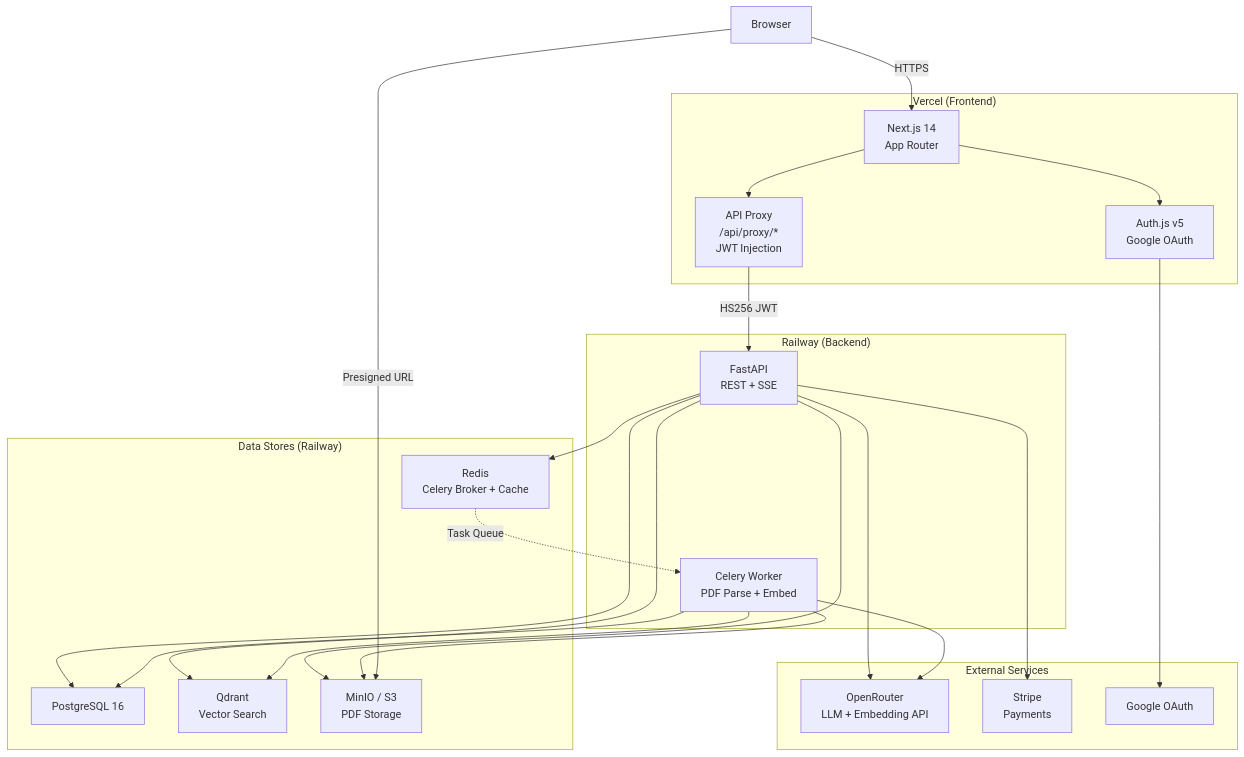
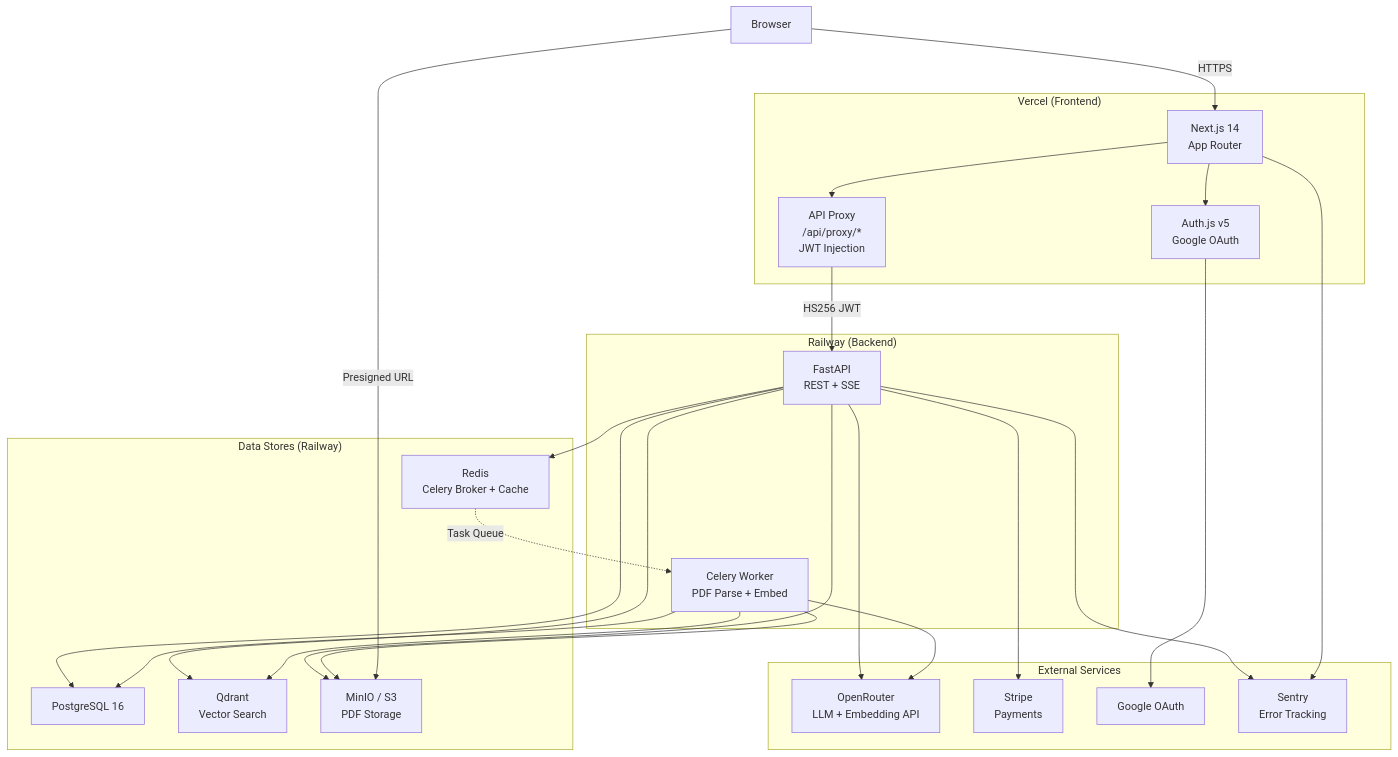
The first of 8 diagrams in docs/ARCHITECTURE.md (Rswcf/DocTalk), drawn with Mermaid before and after one commit. The commit also changed other lines of this file and 4 other files, not shown here.

````diff
--- a/docs/ARCHITECTURE.md
+++ b/docs/ARCHITECTURE.md
@@ -11,46 +11,49 @@
 ```mermaid
 graph TB
     Browser["Browser"]
 
     subgraph Vercel["Vercel (Frontend)"]
         NextJS["Next.js 14<br/>App Router"]
         AuthJS["Auth.js v5<br/>Google OAuth"]
         Proxy["API Proxy<br/>/api/proxy/*<br/>JWT Injection"]
     end
 
     subgraph Railway["Railway (Backend)"]
         FastAPI["FastAPI<br/>REST + SSE"]
         Celery["Celery Worker<br/>PDF Parse + Embed"]
     end
 
     subgraph DataStores["Data Stores (Railway)"]
         PG["PostgreSQL 16"]
         Qdrant["Qdrant<br/>Vector Search"]
         Redis["Redis<br/>Celery Broker + Cache"]
         MinIO["MinIO / S3<br/>PDF Storage"]
     end
 
     subgraph External["External Services"]
         OpenRouter["OpenRouter<br/>LLM + Embedding API"]
         Stripe["Stripe<br/>Payments"]
         Google["Google OAuth"]
+        Sentry["Sentry<br/>Error Tracking"]
     end
 
     Browser -->|HTTPS| NextJS
     NextJS --> AuthJS
     NextJS --> Proxy
     Proxy -->|HS256 JWT| FastAPI
     FastAPI --> PG
     FastAPI --> Qdrant
     FastAPI --> Redis
     FastAPI --> MinIO
     FastAPI --> OpenRouter
     FastAPI --> Stripe
     Celery --> PG
     Celery --> Qdrant
     Celery --> MinIO
     Celery --> OpenRouter
     Redis -.->|Task Queue| Celery
     AuthJS --> Google
+    FastAPI --> Sentry
+    NextJS --> Sentry
     Browser -->|Presigned URL| MinIO
 ```
````
